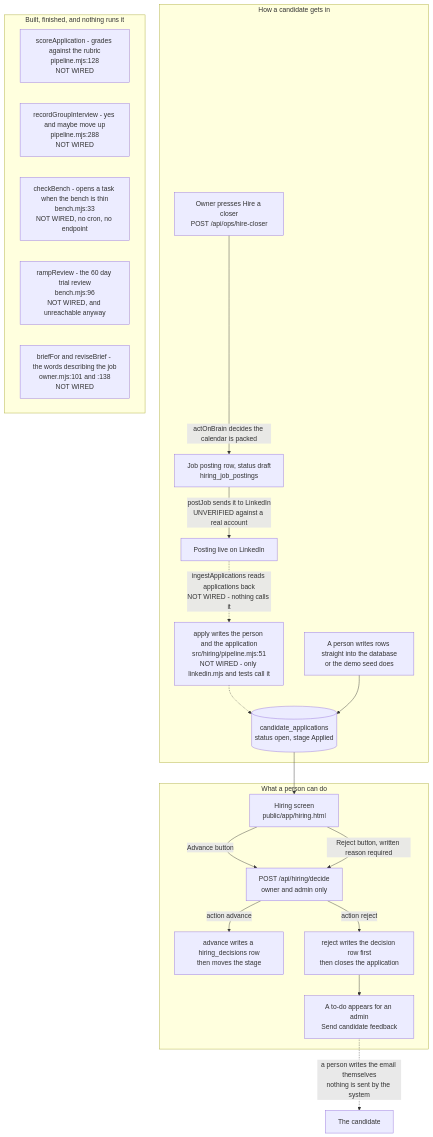
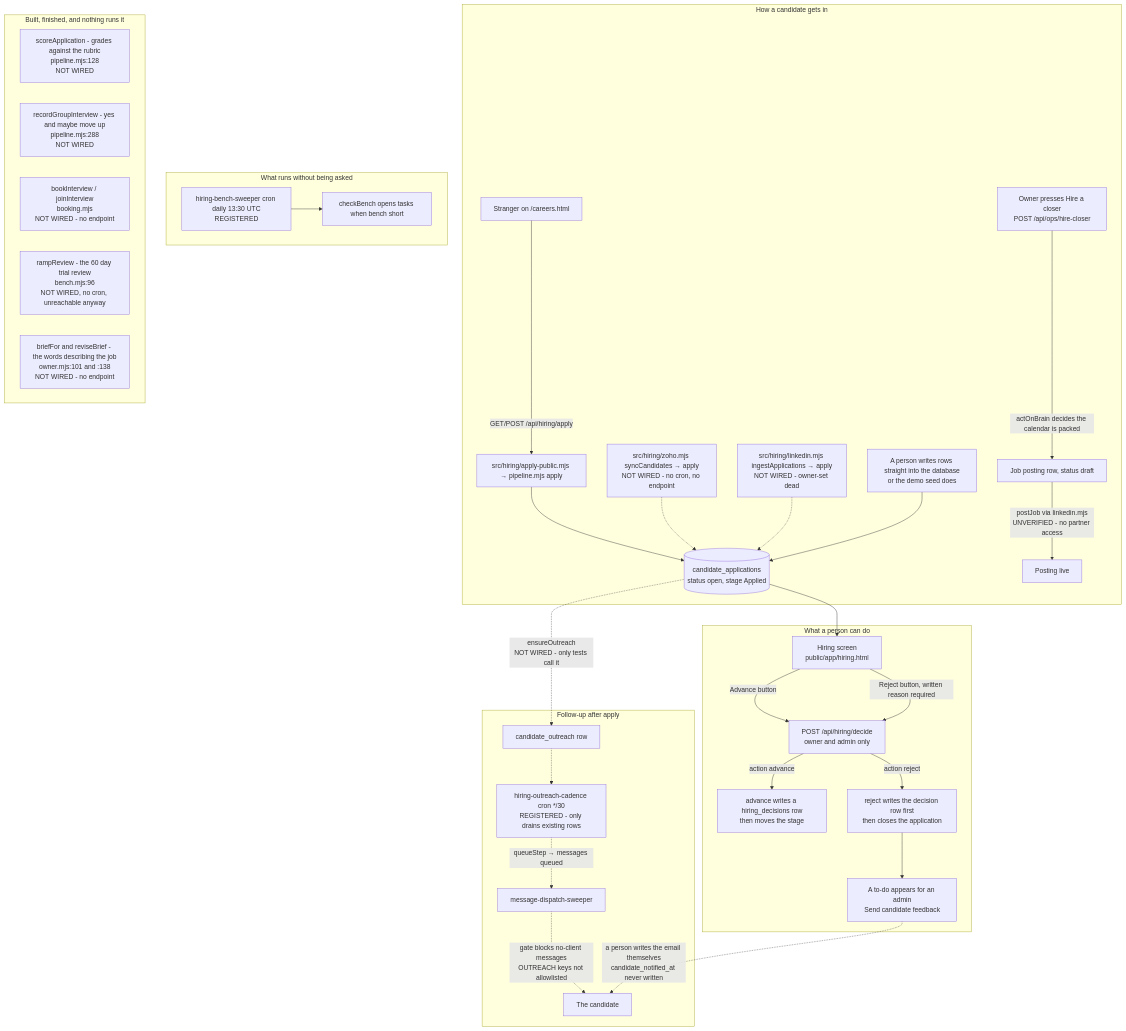
Before and after one commit to ZootimusMaximusSupreme/Fundhub_ai: the diagram in docs/journeys/hiring-actual.md, drawn with Mermaid. The commit also changed other lines of this file and 81 other files, not shown here.

````diff
--- a/docs/journeys/hiring-actual.md
+++ b/docs/journeys/hiring-actual.md
@@ -55,31 +27,44 @@
 ```mermaid
 flowchart TD
     subgraph GETTING_CANDIDATES [How a candidate gets in]
-      HIRE[Owner presses Hire a closer<br/>POST /api/ops/hire-closer] -->|actOnBrain decides the calendar is packed| DRAFT[Job posting row, status draft<br/>hiring_job_postings]
-      DRAFT -->|postJob sends it to LinkedIn<br/>UNVERIFIED against a real account| LIVE[Posting live on LinkedIn]
-      LIVE -.->|ingestApplications reads applications back<br/>NOT WIRED - nothing calls it| APPLYFN
-      APPLYFN[apply writes the person and the application<br/>src/hiring/pipeline.mjs:51<br/>NOT WIRED - only linkedin.mjs and tests call it] -.-> ROW
+      CAREERS[Stranger on /careers.html] -->|GET/POST /api/hiring/apply| APPLYFN
+      APPLYFN[src/hiring/apply-public.mjs → pipeline.mjs apply] --> ROW
+      ZOHO[src/hiring/zoho.mjs syncCandidates → apply<br/>NOT WIRED - no cron, no endpoint] -.-> ROW
+      LI[src/hiring/linkedin.mjs ingestApplications → apply<br/>NOT WIRED - owner-set dead] -.-> ROW
       HAND[A person writes rows straight into the database<br/>or the demo seed does] --> ROW
+      HIRE[Owner presses Hire a closer<br/>POST /api/ops/hire-closer] -->|actOnBrain decides the calendar is packed| DRAFT[Job posting row, status draft]
+      DRAFT -->|postJob via linkedin.mjs<br/>UNVERIFIED - no partner access| LIVE[Posting live]
     end
 
     ROW[(candidate_applications<br/>status open, stage Applied)]
+
+    subgraph OUTREACH [Follow-up after apply]
+      ROW -.->|ensureOutreach<br/>NOT WIRED - only tests call it| CAD[candidate_outreach row]
+      CAD -.-> SWEEP[hiring-outreach-cadence cron */30<br/>REGISTERED - only drains existing rows]
+      SWEEP -.->|queueStep → messages queued| DISPATCH[message-dispatch-sweeper]
+      DISPATCH -.->|gate blocks no-client messages<br/>OUTREACH keys not allowlisted| CANDMSG[The candidate]
+    end
 
     subgraph DECIDING [What a person can do]
       ROW --> SCREENPG[Hiring screen<br/>public/app/hiring.html]
       SCREENPG -->|Advance button| DECIDE[POST /api/hiring/decide<br/>owner and admin only]
       SCREENPG -->|Reject button, written reason required| DECIDE
       DECIDE -->|action advance| ADV[advance writes a hiring_decisions row<br/>then moves the stage]
       DECIDE -->|action reject| REJ[reject writes the decision row first<br/>then closes the application]
       REJ --> TASK[A to-do appears for an admin<br/>Send candidate feedback]
     end
 
+    subgraph TIMERS [What runs without being asked]
+      BENCHSW[hiring-bench-sweeper cron daily 13:30 UTC<br/>REGISTERED] --> CHECK[checkBench opens tasks when bench short]
+    end
+
     subgraph NOTWIRED [Built, finished, and nothing runs it]
       SCORE[scoreApplication - grades against the rubric<br/>pipeline.mjs:128<br/>NOT WIRED]
       GI[recordGroupInterview - yes and maybe move up<br/>pipeline.mjs:288<br/>NOT WIRED]
-      BENCH[checkBench - opens a task when the bench is thin<br/>bench.mjs:33<br/>NOT WIRED, no cron, no endpoint]
-      RAMPR[rampReview - the 60 day trial review<br/>bench.mjs:96<br/>NOT WIRED, and unreachable anyway]
-      BRIEF[briefFor and reviseBrief - the words describing the job<br/>owner.mjs:101 and :138<br/>NOT WIRED]
+      BOOK[bookInterview / joinInterview<br/>booking.mjs<br/>NOT WIRED - no endpoint]
+      RAMPR[rampReview - the 60 day trial review<br/>bench.mjs:96<br/>NOT WIRED, no cron, unreachable anyway]
+      BRIEF[briefFor and reviseBrief - the words describing the job<br/>owner.mjs:101 and :138<br/>NOT WIRED - no endpoint]
     end
 
-    TASK -.->|a person writes the email themselves<br/>nothing is sent by the system| CAND[The candidate]
+    TASK -.->|a person writes the email themselves<br/>candidate_notified_at never written| CANDMSG
 ```
````
